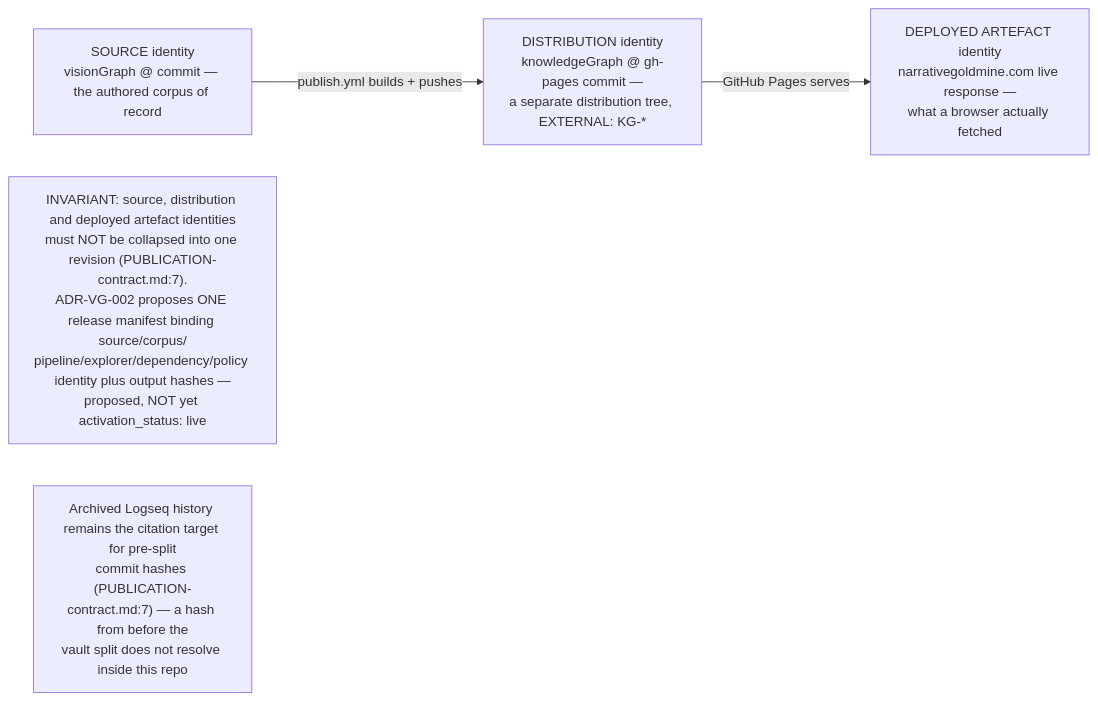
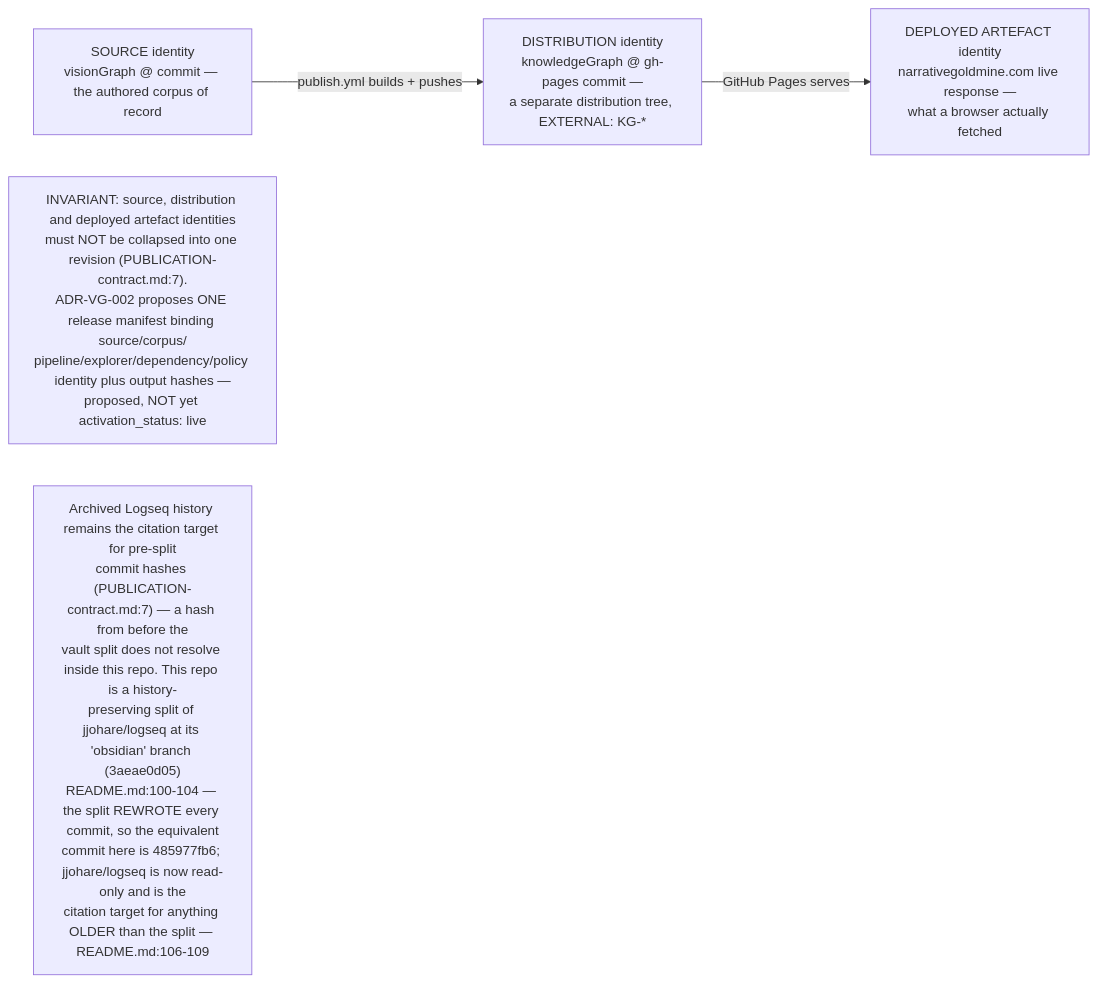
The third of 3 diagrams in docs/diagrams/visiongraph/04-downstream-contracts.md (DreamLab-AI/VisionFlow), drawn with Mermaid before and after one commit. The commit also changed other lines of this file and 185 other files, not shown here.

Commit message:
docs(estate): reconcile diagrams and ADRs with source and define closeout sprint

````diff
--- a/docs/diagrams/visiongraph/04-downstream-contracts.md
+++ b/docs/diagrams/visiongraph/04-downstream-contracts.md
@@ -51,10 +53,10 @@
 ```mermaid
 flowchart LR
     S["SOURCE identity<br/>visionGraph @ commit — the authored corpus of record"]
     D["DISTRIBUTION identity<br/>knowledgeGraph @ gh-pages commit —<br/>a separate distribution tree, EXTERNAL: KG-*"]
     A["DEPLOYED ARTEFACT identity<br/>narrativegoldmine.com live response —<br/>what a browser actually fetched"]
     S -->|"publish.yml builds + pushes"| D
     D -->|"GitHub Pages serves"| A
     note1["INVARIANT: source, distribution and deployed artefact identities<br/>must NOT be collapsed into one revision #40;PUBLICATION-contract.md:7#41;.<br/>ADR-VG-002 proposes ONE release manifest binding source/corpus/<br/>pipeline/explorer/dependency/policy identity plus output hashes —<br/>proposed, NOT yet activation_status: live"]
-    note2["Archived Logseq history remains the citation target for pre-split<br/>commit hashes #40;PUBLICATION-contract.md:7#41; — a hash from before the<br/>vault split does not resolve inside this repo"]
+    note2["Archived Logseq history remains the citation target for pre-split<br/>commit hashes #40;PUBLICATION-contract.md:7#41; — a hash from before the<br/>vault split does not resolve inside this repo. This repo is a history-<br/>preserving split of jjohare/logseq at its 'obsidian' branch #40;3aeae0d05#41;<br/>README.md:100-104 — the split REWROTE every commit, so the equivalent<br/>commit here is 485977fb6; jjohare/logseq is now read-only and is the<br/>citation target for anything OLDER than the split — README.md:106-109"]
 ```
````
